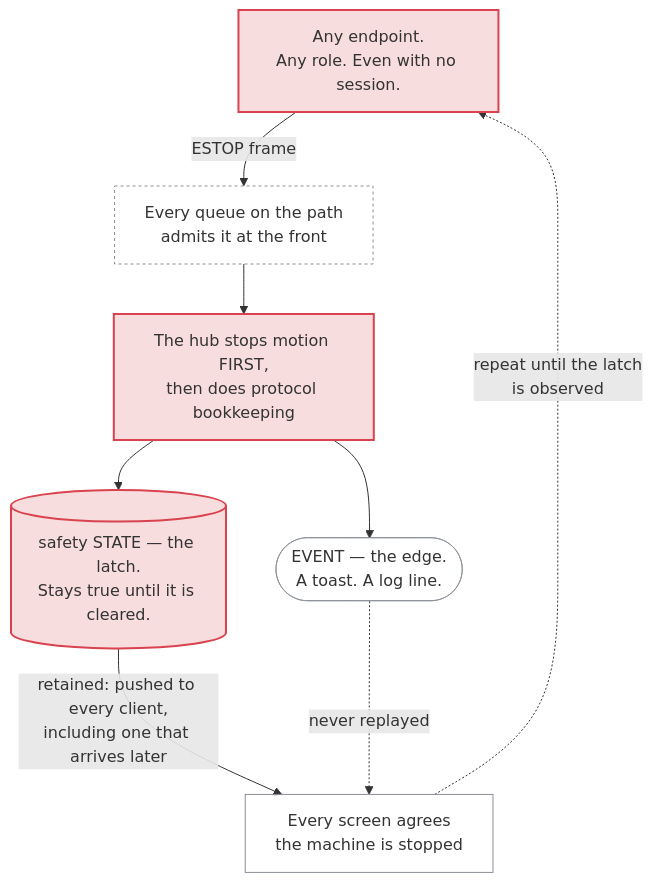
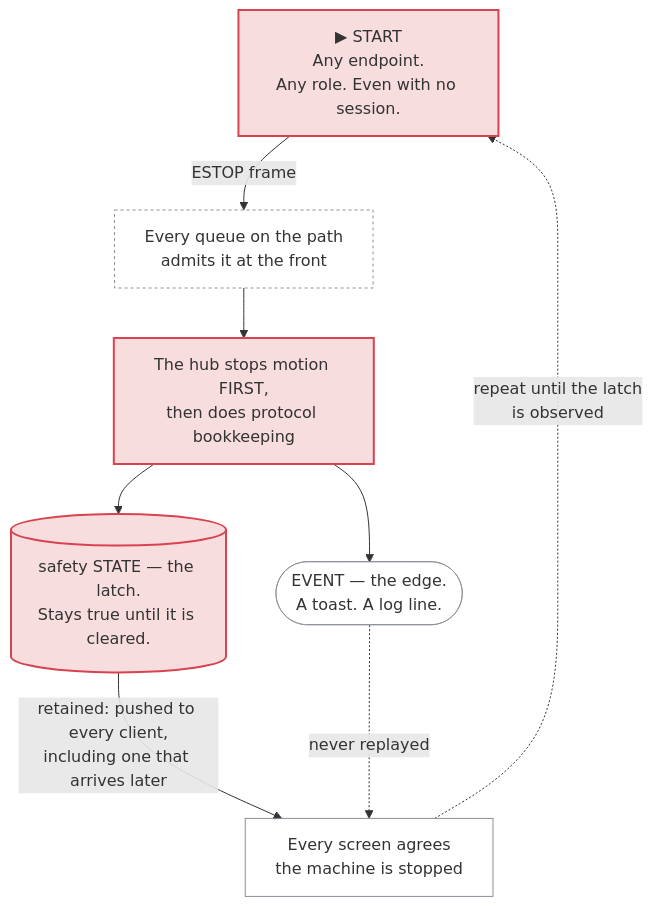
One commit to AtlanticTM/SlopDrive-32 changed the sixth of 7 diagrams in docs-site/docs/understand/how-it-works.md. Above: the diagram before and after it, drawn with Mermaid. The commit also changed other lines of this file and 64 other files, not shown here.

````diff
--- a/docs-site/docs/understand/how-it-works.md
+++ b/docs-site/docs/understand/how-it-works.md
@@ -240,15 +245,15 @@
 ```mermaid
 flowchart TD
-    A["Any endpoint.<br/>Any role. Even with no session."]:::safety
+    A["▶ START<br/>Any endpoint.<br/>Any role. Even with no session."]:::safety
     A -->|"ESTOP frame"| Q["Every queue on the path<br/>admits it at the front"]:::plumb
     Q --> H["The hub stops motion FIRST,<br/>then does protocol bookkeeping"]:::safety
     H --> L[("safety STATE — the latch.<br/>Stays true until it is cleared.")]:::safety
     H --> E(["EVENT — the edge.<br/>A toast. A log line."]):::party
     L -->|"retained: pushed to every client,<br/>including one that arrives later"| N["Every screen agrees<br/>the machine is stopped"]:::party
     E -.->|"never replayed"| N
     N -.->|"repeat until the latch<br/>is observed"| A
 
     classDef safety fill:#d8434f2e,stroke:#d8434f,stroke-width:2px
     classDef party fill:none,stroke:#8a8f98
     classDef plumb fill:none,stroke:#8a8f98,stroke-dasharray:3 3
 ```
````
